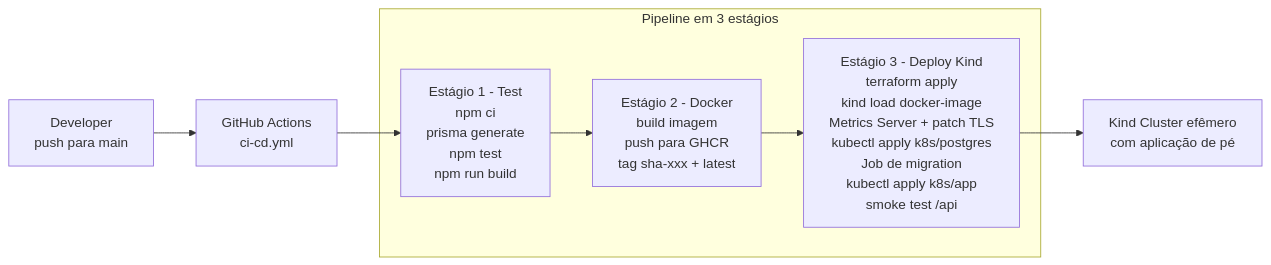
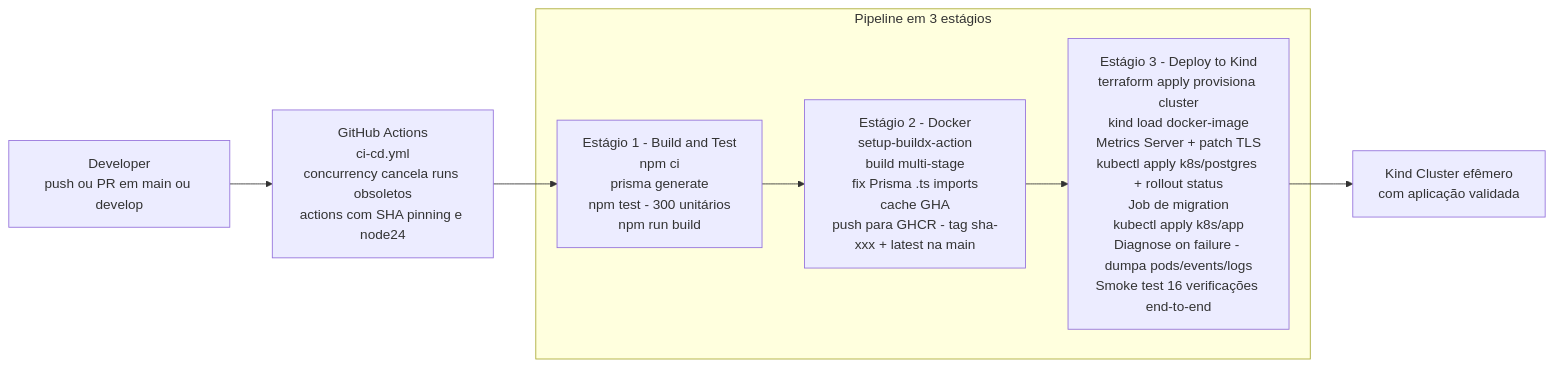
The third of 3 diagrams in README.md (LucasValada/tech-challenge-fiap), drawn with Mermaid before and after one commit. The commit also changed other lines of this file, not shown here.

First line of the commit message:
docs(readme): sincroniza texto e diagramas com o estado real do projeto

````diff
--- a/README.md
+++ b/README.md
@@ -177,18 +183,18 @@
 ```mermaid
 graph LR
-    Dev[Developer<br/>push para main]
-    GH[GitHub Actions<br/>ci-cd.yml]
+    Dev[Developer<br/>push ou PR em main ou develop]
+    GH[GitHub Actions<br/>ci-cd.yml<br/>concurrency cancela runs obsoletos<br/>actions com SHA pinning e node24]
 
     Dev --> GH
 
     subgraph Pipeline[Pipeline em 3 estágios]
-        S1[Estágio 1 - Test<br/>npm ci<br/>prisma generate<br/>npm test<br/>npm run build]
-        S2[Estágio 2 - Docker<br/>build imagem<br/>push para GHCR<br/>tag sha-xxx + latest]
-        S3[Estágio 3 - Deploy Kind<br/>terraform apply<br/>kind load docker-image<br/>Metrics Server + patch TLS<br/>kubectl apply k8s/postgres<br/>Job de migration<br/>kubectl apply k8s/app<br/>smoke test /api]
+        S1[Estágio 1 - Build and Test<br/>npm ci<br/>prisma generate<br/>npm test - 300 unitários<br/>npm run build]
+        S2[Estágio 2 - Docker<br/>setup-buildx-action<br/>build multi-stage<br/>fix Prisma .ts imports<br/>cache GHA<br/>push para GHCR - tag sha-xxx + latest na main]
+        S3[Estágio 3 - Deploy to Kind<br/>terraform apply provisiona cluster<br/>kind load docker-image<br/>Metrics Server + patch TLS<br/>kubectl apply k8s/postgres + rollout status<br/>Job de migration<br/>kubectl apply k8s/app<br/>Diagnose on failure - dumpa pods/events/logs<br/>Smoke test 16 verificações end-to-end]
 
         S1 --> S2 --> S3
     end
 
     GH --> S1
-    S3 --> Cluster[Kind Cluster efêmero<br/>com aplicação de pé]
+    S3 --> Cluster[Kind Cluster efêmero<br/>com aplicação validada]
 ```
````
